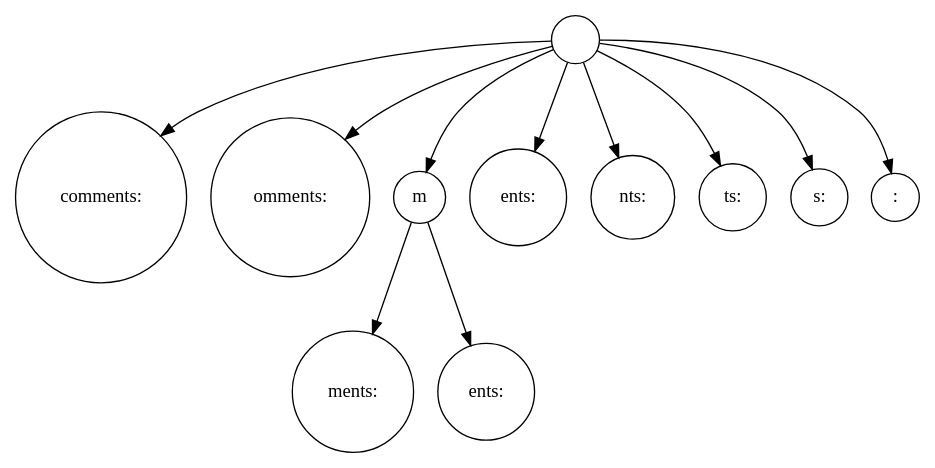
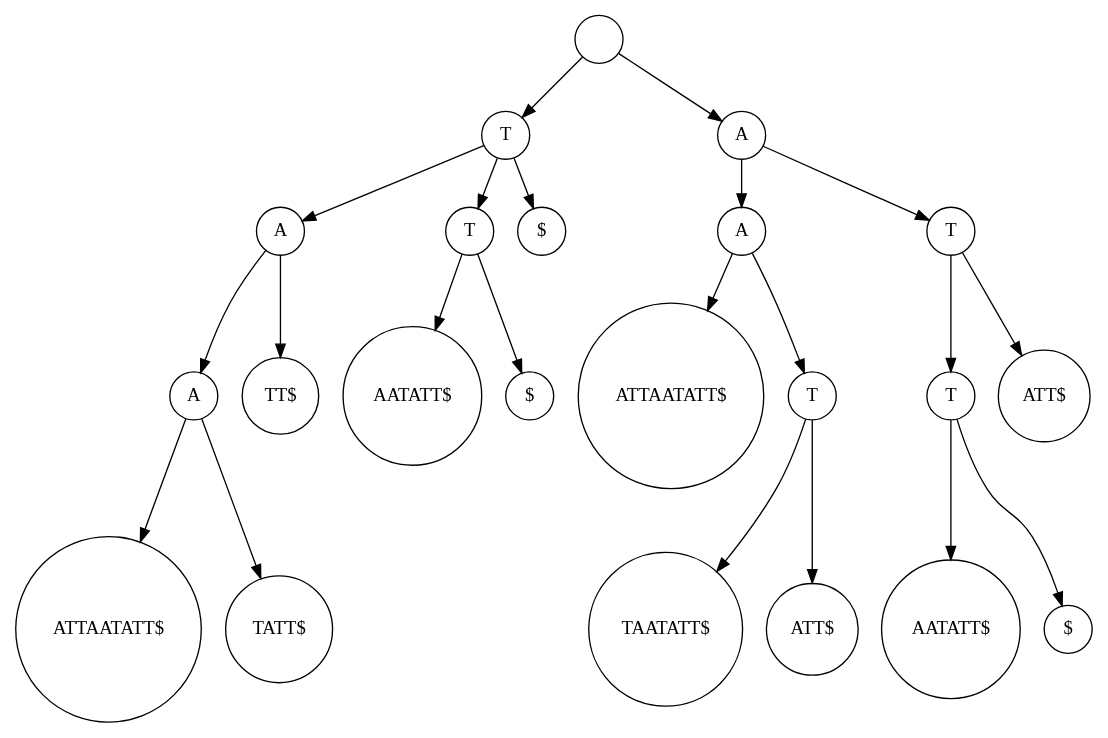
One commit to evertheylen/TA_TO changed the diagram in Helix/end_0.dot. Above: the diagram before and after it, drawn with Graphviz. The commit also changed 286 other files, not shown here.

```diff
--- a/Helix/end_0.dot
+++ b/Helix/end_0.dot
@@ -1,25 +1,55 @@
 digraph suffix {
 	node [shape = circle];
 	0 [label= ""];
-	1 [label= "comments: "];
+	1 [label= "T"];
 	0 -> 1;
-	2 [label= "omments: "];
-	0 -> 2;
-	3 [label= "m"];
-	0 -> 3;
-	3 [label= "m"];
-	4 [label= "ments: "];
+	1 [label= "T"];
+	2 [label= "A"];
+	1 -> 2;
+	2 [label= "A"];
+	3 [label= "A"];
+	2 -> 3;
+	3 [label= "A"];
+	4 [label= "ATTAATATT$"];
 	3 -> 4;
-	5 [label= "ents: "];
+	5 [label= "TATT$"];
 	3 -> 5;
-	6 [label= "ents: "];
-	0 -> 6;
-	7 [label= "nts: "];
-	0 -> 7;
-	8 [label= "ts: "];
-	0 -> 8;
-	9 [label= "s: "];
-	0 -> 9;
-	10 [label= ": "];
-	0 -> 10;
+	6 [label= "TT$"];
+	2 -> 6;
+	7 [label= "T"];
+	1 -> 7;
+	7 [label= "T"];
+	8 [label= "AATATT$"];
+	7 -> 8;
+	9 [label= "$"];
+	7 -> 9;
+	10 [label= "$"];
+	1 -> 10;
+	11 [label= "A"];
+	0 -> 11;
+	11 [label= "A"];
+	12 [label= "A"];
+	11 -> 12;
+	12 [label= "A"];
+	13 [label= "ATTAATATT$"];
+	12 -> 13;
+	14 [label= "T"];
+	12 -> 14;
+	14 [label= "T"];
+	15 [label= "TAATATT$"];
+	14 -> 15;
+	16 [label= "ATT$"];
+	14 -> 16;
+	17 [label= "T"];
+	11 -> 17;
+	17 [label= "T"];
+	18 [label= "T"];
+	17 -> 18;
+	18 [label= "T"];
+	19 [label= "AATATT$"];
+	18 -> 19;
+	20 [label= "$"];
+	18 -> 20;
+	21 [label= "ATT$"];
+	17 -> 21;
 }
```
